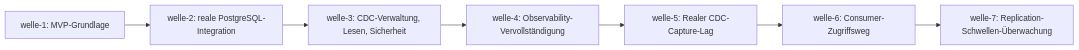
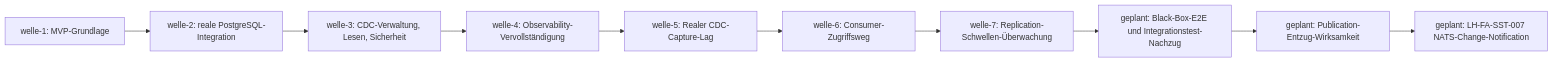
The diagram in docs/plan/planning/in-progress/roadmap.md (pt9912/pg-change-feed), drawn with Mermaid before and after one commit. The commit also changed other lines of this file, not shown here.

Commit message:
docs(planning): Testing-Welle vorgemerkt vor walsender-wirksamkeit/NATS
Nutzerentscheidung: Black-Box-E2E-Test (CLI als externer Subprozess statt
Go-Paket-Import) und Compose-Integrationstest-Nachzug (Consumer-Zugriffsweg,
Rollen-DSN-Trennung, WAL-Ruckstand-Schwellen) laufen direkt nach welle-7,
vor den beiden bereits vorgemerkten Wellen. Ausloeser: keiner der drei
bestehenden *_endtoend_test.go-Tests erreicht das System als Black Box --
ADR-0030s Testpyramide unterscheidet Integrationstest und E2E-Test als
getrennte Stufen. Reine Vorschau, keine Welle-Eroeffnung.

Claude-Session: https://claude.ai/code/session_01RxtZtN9QUsmDAXc7sZDUpD

````diff
--- a/docs/plan/planning/in-progress/roadmap.md
+++ b/docs/plan/planning/in-progress/roadmap.md
@@ -83,12 +84,15 @@
 ```mermaid
 flowchart LR
     W1[welle-1: MVP-Grundlage]
     W2[welle-2: reale PostgreSQL-Integration]
     W3[welle-3: CDC-Verwaltung, Lesen, Sicherheit]
     W4[welle-4: Observability-Vervollständigung]
     W5[welle-5: Realer CDC-Capture-Lag]
     W6[welle-6: Consumer-Zugriffsweg]
     W7[welle-7: Replication-Schwellen-Überwachung]
+    W8[geplant: Black-Box-E2E und Integrationstest-Nachzug]
+    W9[geplant: Publication-Entzug-Wirksamkeit]
+    W10[geplant: LH-FA-SST-007 NATS-Change-Notification]
 
-    W1 --> W2 --> W3 --> W4 --> W5 --> W6 --> W7
+    W1 --> W2 --> W3 --> W4 --> W5 --> W6 --> W7 --> W8 --> W9 --> W10
 ```
````
